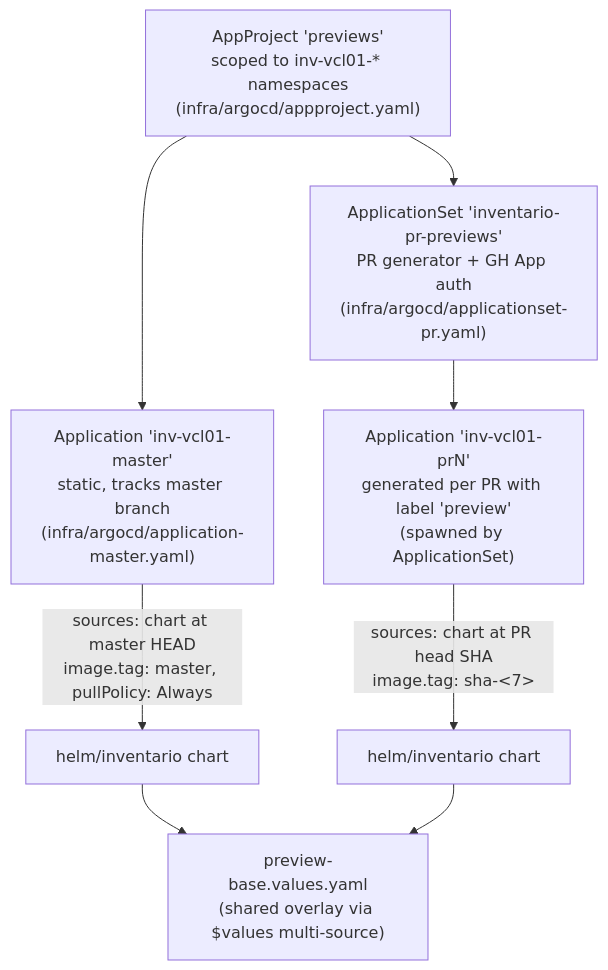
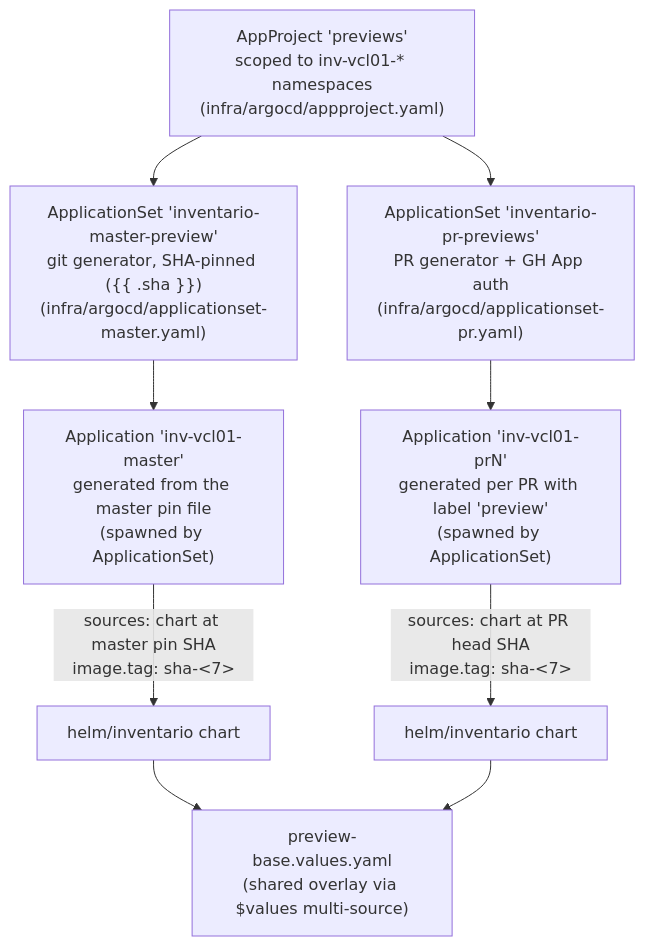
Before and after one commit to denisvmedia/inventario: the second of 6 diagrams in devdocs/infra/dev/README.md, drawn with Mermaid. The commit also changed other lines of this file and 40 other files, not shown here.

````diff
--- a/devdocs/infra/dev/README.md
+++ b/devdocs/infra/dev/README.md
@@ -133,17 +133,19 @@
 ```mermaid
 flowchart TD
     appproj["AppProject 'previews'<br/>scoped to inv-vcl01-* namespaces<br/>(infra/argocd/appproject.yaml)"]
     appset["ApplicationSet 'inventario-pr-previews'<br/>PR generator + GH App auth<br/>(infra/argocd/applicationset-pr.yaml)"]
-    appmaster["Application 'inv-vcl01-master'<br/>static, tracks master branch<br/>(infra/argocd/application-master.yaml)"]
+    appsetmaster["ApplicationSet 'inventario-master-preview'<br/>git generator, SHA-pinned ({{ .sha }})<br/>(infra/argocd/applicationset-master.yaml)"]
+    appmaster["Application 'inv-vcl01-master'<br/>generated from the master pin file<br/>(spawned by ApplicationSet)"]
     appprN["Application 'inv-vcl01-prN'<br/>generated per PR with label 'preview'<br/>(spawned by ApplicationSet)"]
 
-    appproj --> appmaster
+    appproj --> appsetmaster
     appproj --> appset
+    appsetmaster --> appmaster
     appset --> appprN
 
-    appmaster -->|"sources: chart at master HEAD<br/>image.tag: master, pullPolicy: Always"| chartmaster["helm/inventario chart"]
+    appmaster -->|"sources: chart at master pin SHA<br/>image.tag: sha-&lt;7&gt;"| chartmaster["helm/inventario chart"]
     appprN -->|"sources: chart at PR head SHA<br/>image.tag: sha-&lt;7&gt;"| chartpr["helm/inventario chart"]
 
     chartmaster --> overlay["preview-base.values.yaml<br/>(shared overlay via $values multi-source)"]
     chartpr --> overlay
 ```
````
